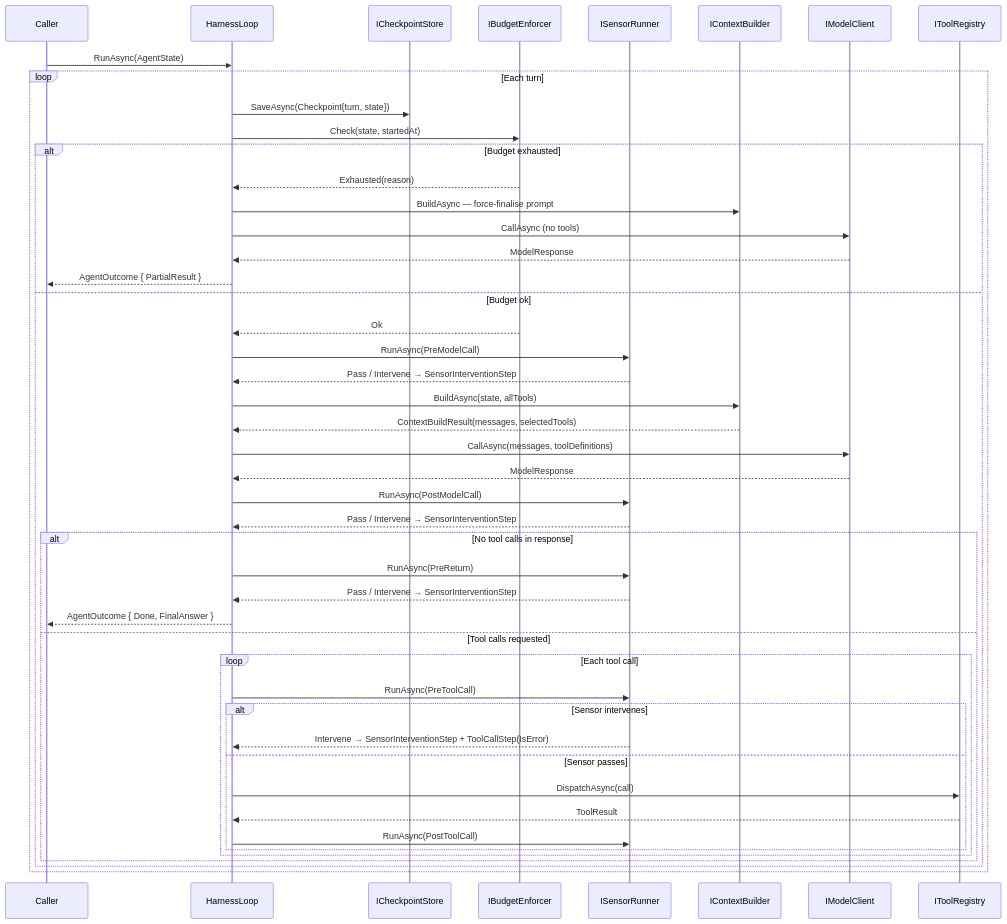
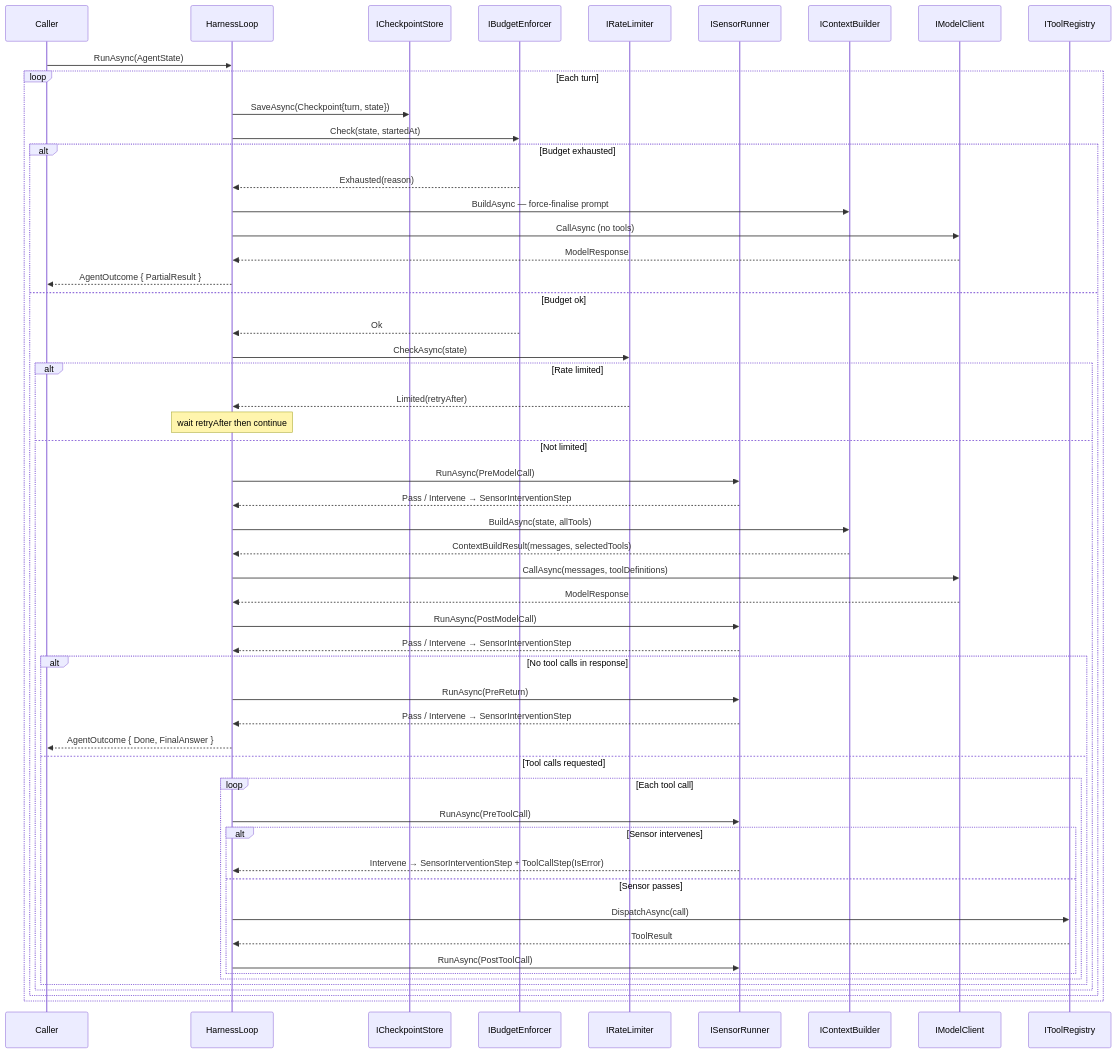
Before and after one commit to AnilKerai/model-harness: the fourth of 4 diagrams in README.md, drawn with Mermaid. The commit also changed other lines of this file and 11 other files, not shown here.

First line of the commit message:
feat: add IRateLimiter — proactive sliding-window rate limiting before model calls

````diff
--- a/README.md
+++ b/README.md
@@ -348,51 +348,58 @@
 ```mermaid
 sequenceDiagram
     participant C as Caller
     participant L as HarnessLoop
     participant CP as ICheckpointStore
     participant B as IBudgetEnforcer
+    participant RL as IRateLimiter
     participant S as ISensorRunner
     participant CB as IContextBuilder
     participant M as IModelClient
     participant R as IToolRegistry
 
     C->>L: RunAsync(AgentState)
 
     loop Each turn
         L->>CP: SaveAsync(Checkpoint{turn, state})
         L->>B: Check(state, startedAt)
         alt Budget exhausted
             B-->>L: Exhausted(reason)
             L->>CB: BuildAsync — force-finalise prompt
             L->>M: CallAsync (no tools)
             M-->>L: ModelResponse
             L-->>C: AgentOutcome { PartialResult }
         else Budget ok
             B-->>L: Ok
+            L->>RL: CheckAsync(state)
+            alt Rate limited
+                RL-->>L: Limited(retryAfter)
+                note over L: wait retryAfter then continue
+            else Not limited
             L->>S: RunAsync(PreModelCall)
             S-->>L: Pass / Intervene → SensorInterventionStep
             L->>CB: BuildAsync(state, allTools)
             CB-->>L: ContextBuildResult(messages, selectedTools)
             L->>M: CallAsync(messages, toolDefinitions)
             M-->>L: ModelResponse
             L->>S: RunAsync(PostModelCall)
             S-->>L: Pass / Intervene → SensorInterventionStep
             alt No tool calls in response
                 L->>S: RunAsync(PreReturn)
                 S-->>L: Pass / Intervene → SensorInterventionStep
                 L-->>C: AgentOutcome { Done, FinalAnswer }
             else Tool calls requested
                 loop Each tool call
                     L->>S: RunAsync(PreToolCall)
                     alt Sensor intervenes
                         S-->>L: Intervene → SensorInterventionStep + ToolCallStep(IsError)
                     else Sensor passes
                         L->>R: DispatchAsync(call)
                         R-->>L: ToolResult
                         L->>S: RunAsync(PostToolCall)
                     end
                 end
             end
+            end
         end
     end
 ```
````
